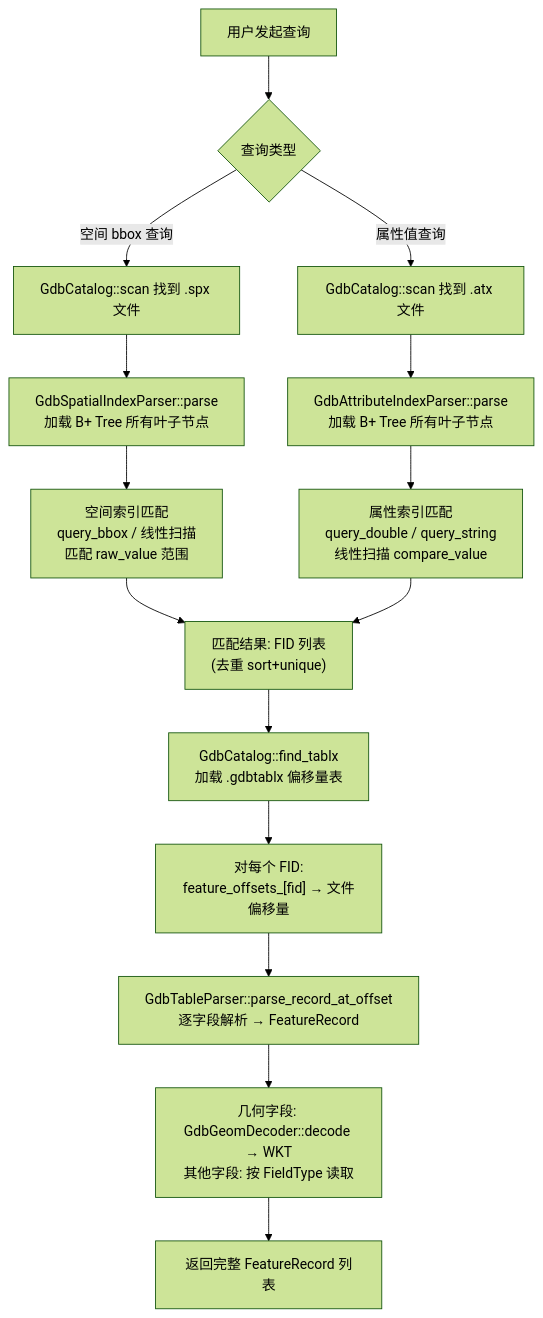
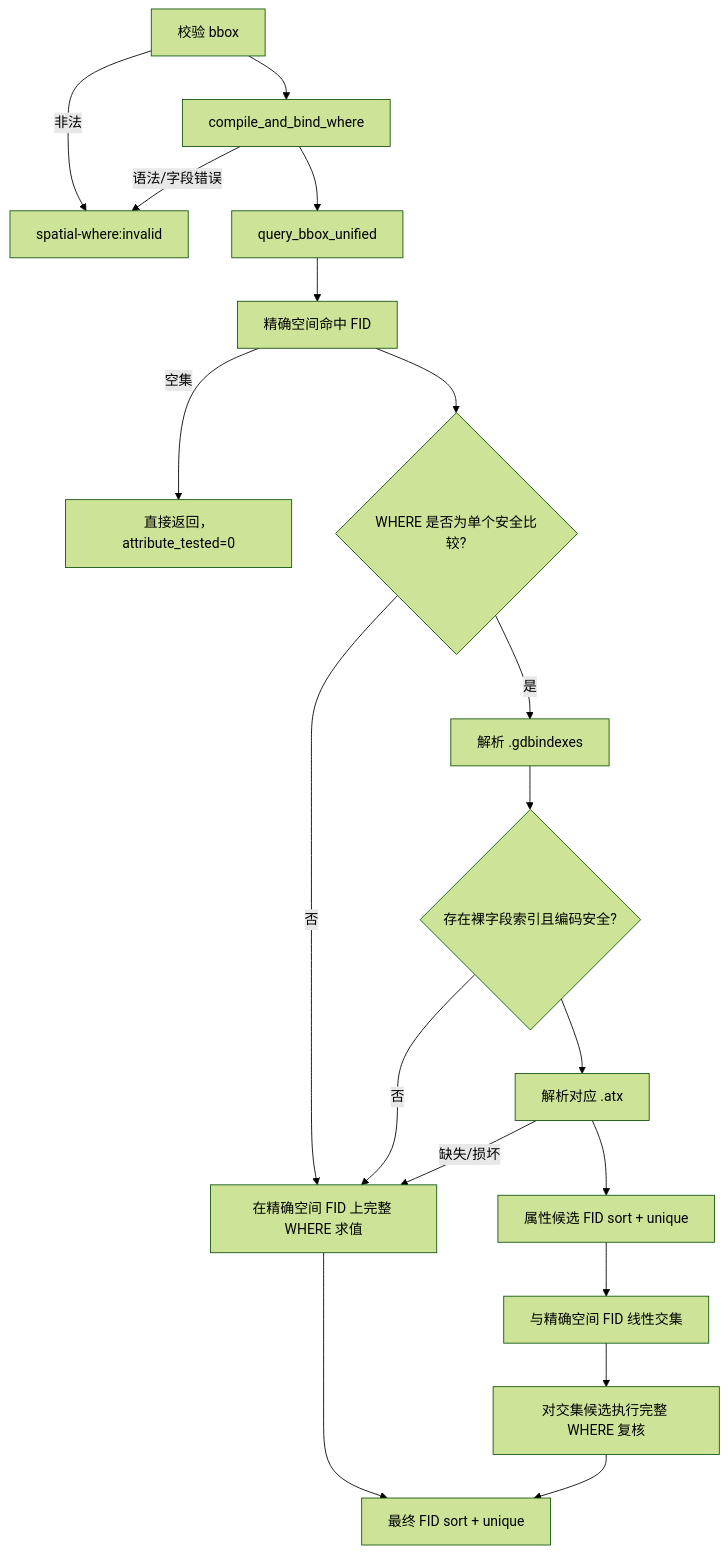
The second of 5 diagrams in src/edgar/explorgdb/reader/QUERY_FLOW.md (EdgarLQS/fast-gdb), drawn with Mermaid (forest theme) before and after one commit. The commit also changed other lines of this file, not shown here.

Commit message:
docs: document spatial where execution and fail-closed indexes

````diff
--- a/src/edgar/explorgdb/reader/QUERY_FLOW.md
+++ b/src/edgar/explorgdb/reader/QUERY_FLOW.md
@@ -7,26 +22,21 @@
 ```mermaid
 flowchart TD
-    A["用户发起查询"] --> B{查询类型}
-
-    B -->|"空间 bbox 查询"| S1["GdbCatalog::scan 找到 .spx 文件"]
-    B -->|"属性值查询"| A1["GdbCatalog::scan 找到 .atx 文件"]
-
-    S1 --> S2["GdbSpatialIndexParser::parse\n加载 B+ Tree 所有叶子节点"]
-    A1 --> A2["GdbAttributeIndexParser::parse\n加载 B+ Tree 所有叶子节点"]
-
-    S2 --> S3["空间索引匹配\nquery_bbox / 线性扫描\n匹配 raw_value 范围"]
-    A2 --> A3["属性索引匹配\nquery_double / query_string\n线性扫描 compare_value"]
-
-    S3 --> F["匹配结果: FID 列表\n(去重 sort+unique)"]
-    A3 --> F
-
-    F --> G["GdbCatalog::find_tablx\n加载 .gdbtablx 偏移量表"]
-
-    G --> H["对每个 FID:\nfeature_offsets_[fid] → 文件偏移量"]
-
-    H --> I["GdbTableParser::parse_record_at_offset\n逐字段解析 → FeatureRecord"]
-
-    I --> J["几何字段: GdbGeomDecoder::decode → WKT\n其他字段: 按 FieldType 读取"]
-
-    J --> K["返回完整 FeatureRecord 列表"]
+    A["校验 bbox"] -->|非法| INVALID["spatial-where:invalid"]
+    A --> B["compile_and_bind_where"]
+    B -->|语法/字段错误| INVALID
+    B --> C["query_bbox_unified"]
+    C --> D["精确空间命中 FID"]
+    D -->|空集| EMPTY["直接返回，attribute_tested=0"]
+    D --> E{"WHERE 是否为单个安全比较?"}
+    E -->|否| FALLBACK["在精确空间 FID 上完整 WHERE 求值"]
+    E -->|是| META["解析 .gdbindexes"]
+    META --> SAFE{"存在裸字段索引且编码安全?"}
+    SAFE -->|否| FALLBACK
+    SAFE --> ATX["解析对应 .atx"]
+    ATX -->|缺失/损坏| FALLBACK
+    ATX --> CAND["属性候选 FID sort + unique"]
+    CAND --> INTERSECT["与精确空间 FID 线性交集"]
+    INTERSECT --> RECHECK["对交集候选执行完整 WHERE 复核"]
+    FALLBACK --> RESULT["最终 FID sort + unique"]
+    RECHECK --> RESULT
 ```
````
